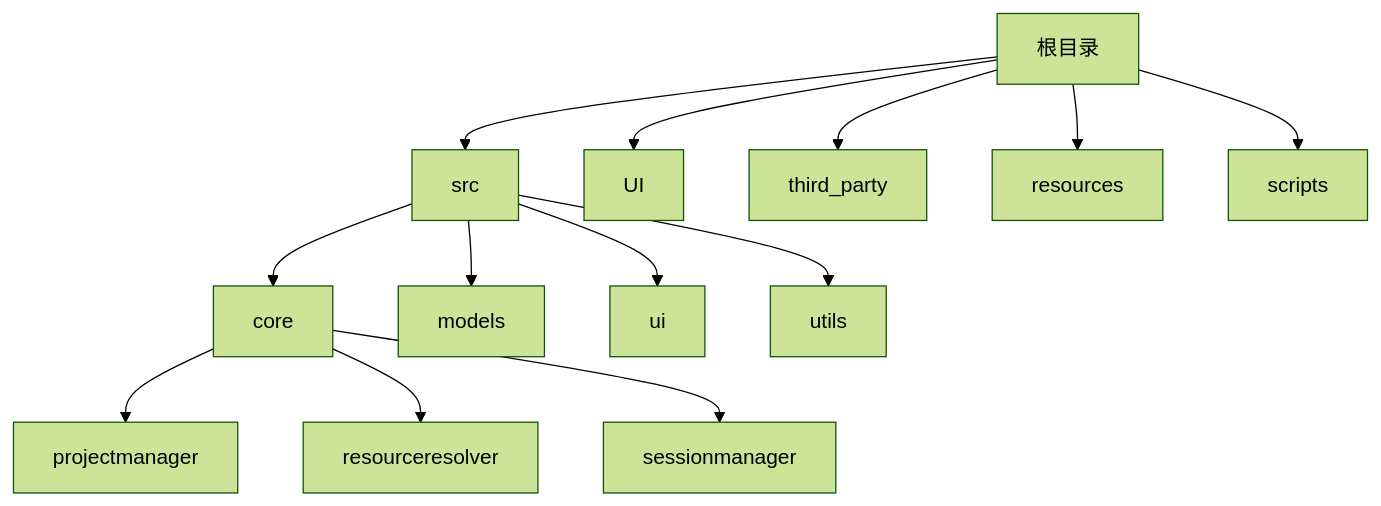
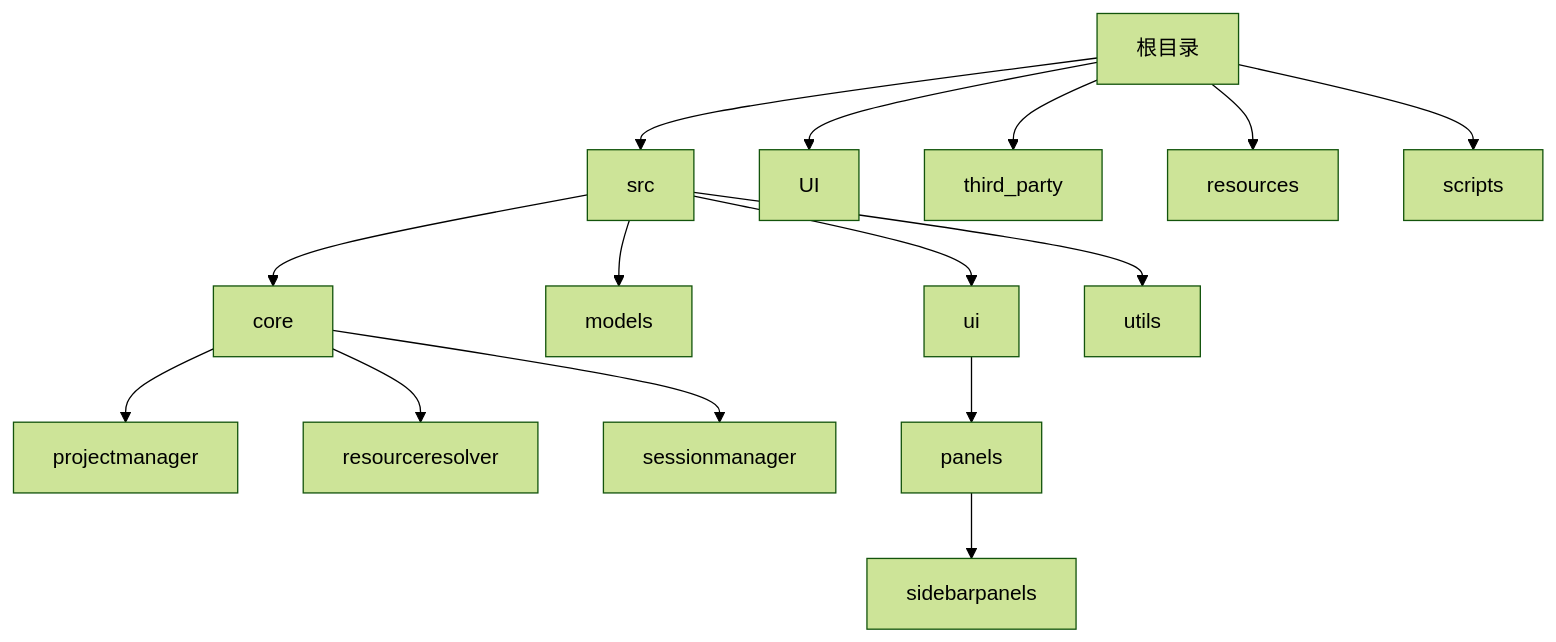
The first of 15 diagrams in .qoder/repowiki/zh/content/核心模块详解/项目管理系统.md (jakecai1225-design/OpenBus), drawn with Mermaid (forest theme) before and after one commit. The commit also changed other lines of this file and 9 other files, not shown here.

````diff
--- a/.qoder/repowiki/zh/content/核心模块详解/项目管理系统.md
+++ b/.qoder/repowiki/zh/content/核心模块详解/项目管理系统.md
@@ -64,15 +67,17 @@
 ```mermaid
 graph TB
 A["根目录"] --> B["src"]
 A --> C["UI"]
 A --> D["third_party"]
 A --> E["resources"]
 A --> F["scripts"]
 B --> B1["core"]
 B --> B2["models"]
 B --> B3["ui"]
 B --> B4["utils"]
 B1 --> B1a["projectmanager"]
 B1 --> B1b["resourceresolver"]
 B1 --> B1c["sessionmanager"]
+B3 --> B3a["panels"]
+B3a --> B3a1["sidebarpanels"]
 ```
````
